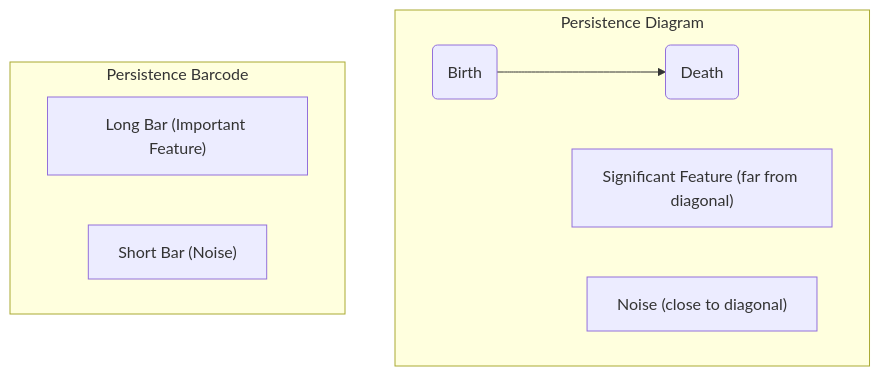
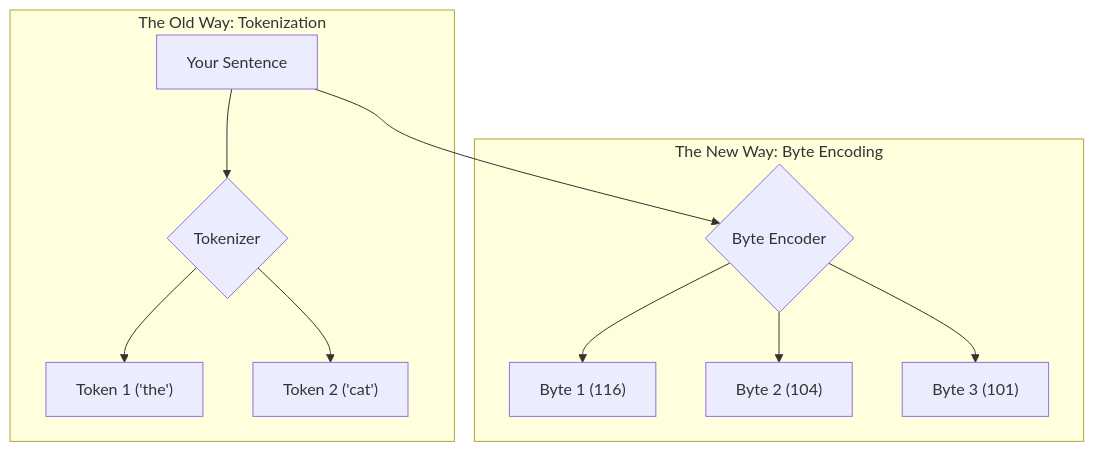
The first of 3 diagrams in _posts/2025-08-22-analyzing-bytes-for-llms.md (eltay89/eltay89.github.io), drawn with Mermaid before and after one commit. The commit also changed other lines of this file, not shown here.

````diff
--- a/_posts/2025-08-22-analyzing-bytes-for-llms.md
+++ b/_posts/2025-08-22-analyzing-bytes-for-llms.md
@@ -88,13 +29,15 @@
 ```mermaid
 graph TD
-    subgraph "Persistence Diagram"
-        direction LR
-        A(Birth) --> B(Death)
-        C["Significant Feature (far from diagonal)"]
-        D["Noise (close to diagonal)"]
+    subgraph "The Old Way: Tokenization"
+        A["Your Sentence"] --> B{"Tokenizer"};
+        B --> C["Token 1 ('the')"];
+        B --> D["Token 2 ('cat')"];
     end
-    subgraph "Persistence Barcode"
-        E["Long Bar (Important Feature)"]
-        F["Short Bar (Noise)"]
+
+    subgraph "The New Way: Byte Encoding"
+        A --> F{"Byte Encoder"};
+        F --> G["Byte 1 (116)"];
+        F --> H["Byte 2 (104)"];
+        F --> I["Byte 3 (101)"];
     end
 ```
````
